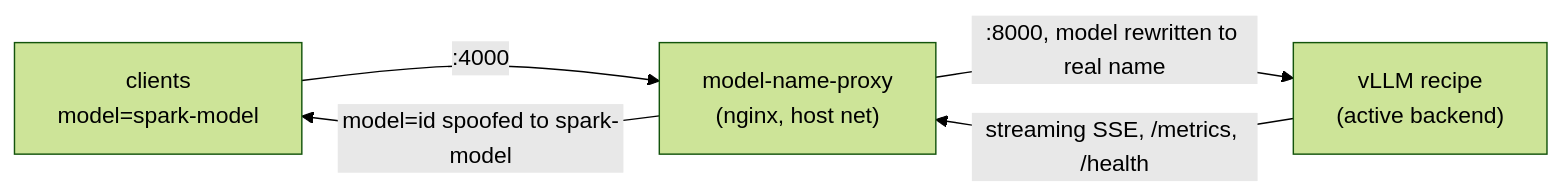
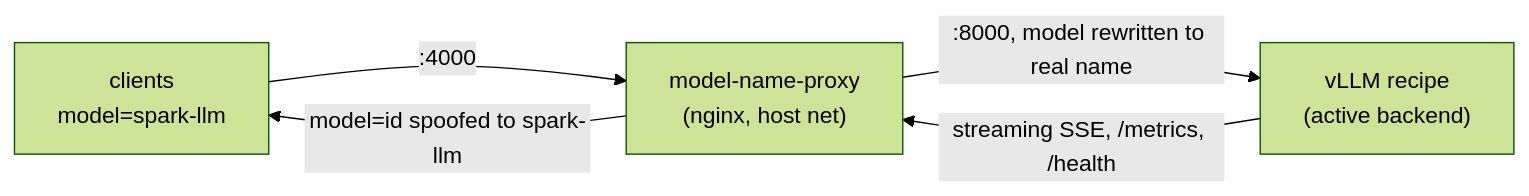
Before and after one commit to taoofshawn/spark-recipes: the diagram in model-name-proxy/README.md, drawn with Mermaid (forest theme). The commit also changed other lines of this file and 7 other files, not shown here.

First line of the commit message:
Rename proxy client-facing model name spark-model -> spark-llm everywhere

````diff
--- a/model-name-proxy/README.md
+++ b/model-name-proxy/README.md
@@ -8,7 +8,7 @@
 ```mermaid
 flowchart LR
-    C["clients<br/>model=spark-model"] -->|:4000| P["model-name-proxy<br/>(nginx, host net)"]
+    C["clients<br/>model=spark-llm"] -->|:4000| P["model-name-proxy<br/>(nginx, host net)"]
     P -->|:8000, model rewritten to real name| V["vLLM recipe<br/>(active backend)"]
     V -->|"streaming SSE, /metrics, /health"| P
-    P -->|"model=id spoofed to spark-model"| C
+    P -->|"model=id spoofed to spark-llm"| C
 ```
````
